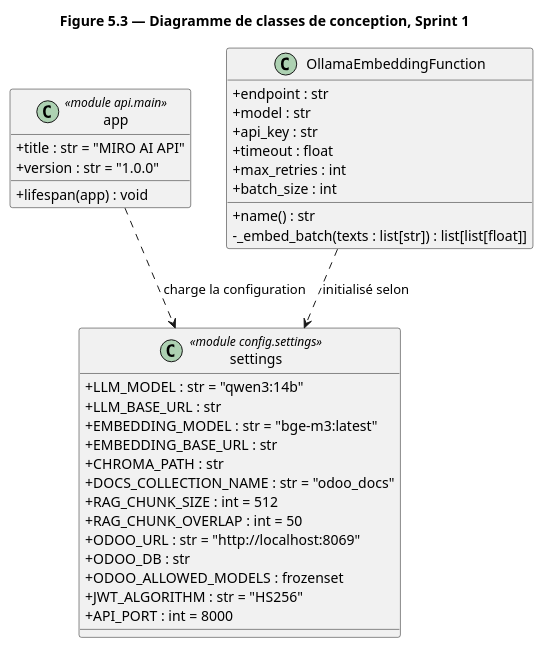
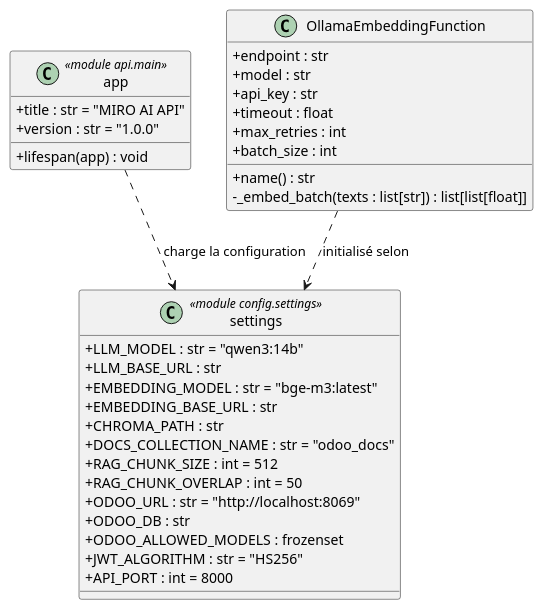
Before and after one commit to katsuki2000/odoo-ia-prototype: the diagram in todo/diagrammes/5_3_classes_sprint1.puml, drawn with PlantUML. The commit also changed 30 other files, not shown here.

```diff
--- a/todo/diagrammes/5_3_classes_sprint1.puml
+++ b/todo/diagrammes/5_3_classes_sprint1.puml
@@ -1,40 +1,39 @@
 @startuml 5_3_classes_sprint1
-title Figure 5.3 — Diagramme de classes de conception, Sprint 1
 skinparam classAttributeIconSize 0
 
 class "settings" as Settings <<module config.settings>> {
   +LLM_MODEL : str = "qwen3:14b"
   +LLM_BASE_URL : str
   +EMBEDDING_MODEL : str = "bge-m3:latest"
   +EMBEDDING_BASE_URL : str
   +CHROMA_PATH : str
   +DOCS_COLLECTION_NAME : str = "odoo_docs"
   +RAG_CHUNK_SIZE : int = 512
   +RAG_CHUNK_OVERLAP : int = 50
   +ODOO_URL : str = "http://localhost:8069"
   +ODOO_DB : str
   +ODOO_ALLOWED_MODELS : frozenset
   +JWT_ALGORITHM : str = "HS256"
   +API_PORT : int = 8000
 }
 
 class "app" as FastAPIApp <<module api.main>> {
   +title : str = "MIRO AI API"
   +version : str = "1.0.0"
   +lifespan(app) : void
 }
 
 class OllamaEmbeddingFunction {
   +endpoint : str
   +model : str
   +api_key : str
   +timeout : float
   +max_retries : int
   +batch_size : int
   +name() : str
   -_embed_batch(texts : list[str]) : list[list[float]]
 }
 
 FastAPIApp ..> Settings : charge la configuration
 OllamaEmbeddingFunction ..> Settings : initialisé selon
 @enduml
```
